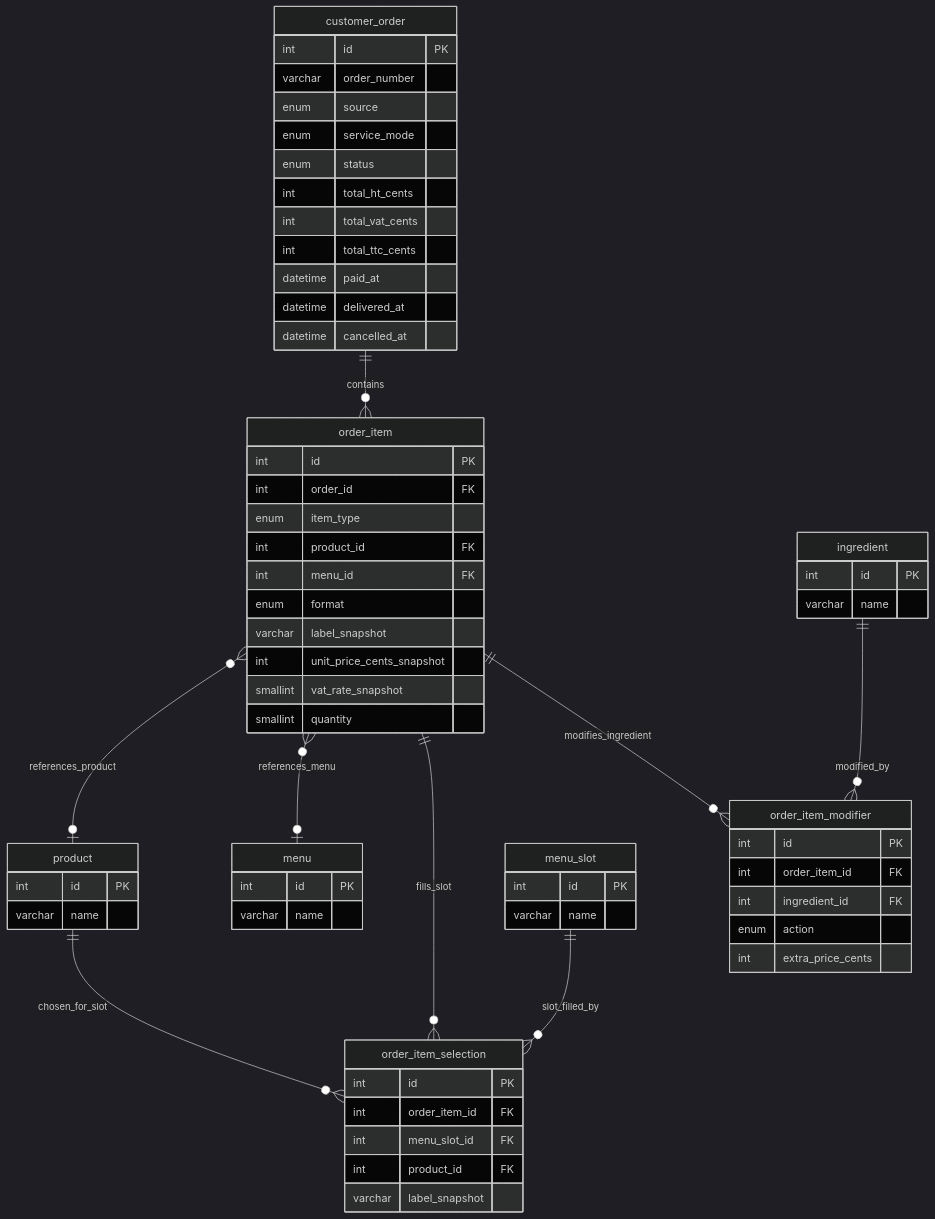
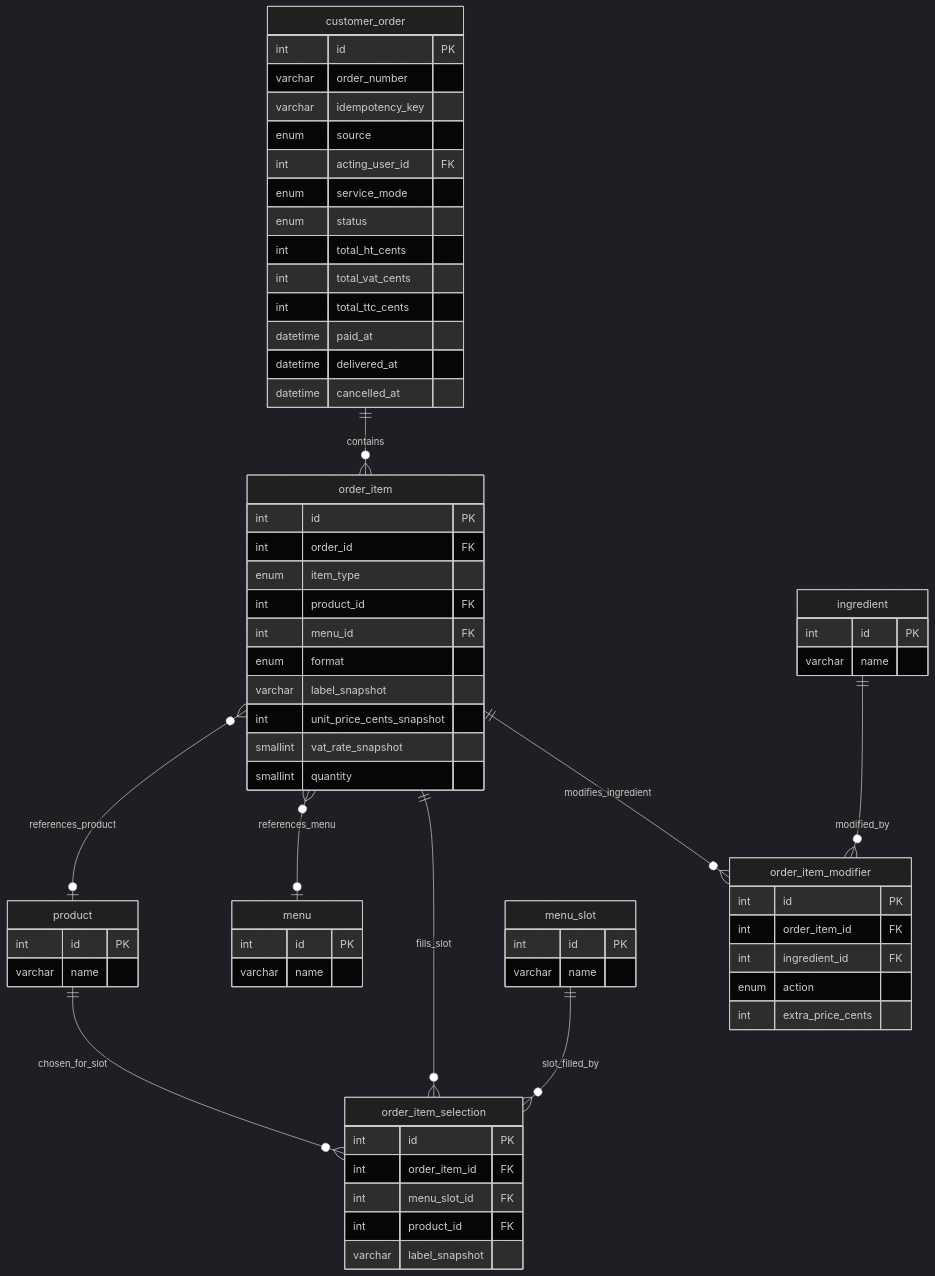
Before and after one commit to AcadeNice/wakdo_corentin: the third of 4 diagrams in docs/merise/mcd.md, drawn with Mermaid (dark theme). The commit also changed other lines of this file and 34 other files, not shown here.

````diff
--- a/docs/merise/mcd.md
+++ b/docs/merise/mcd.md
@@ -255,67 +269,69 @@
 ```mermaid
 erDiagram
     customer_order {
         int id PK
         varchar order_number
+        varchar idempotency_key
         enum source
+        int acting_user_id FK
         enum service_mode
         enum status
         int total_ht_cents
         int total_vat_cents
         int total_ttc_cents
         datetime paid_at
         datetime delivered_at
         datetime cancelled_at
     }
     order_item {
         int id PK
         int order_id FK
         enum item_type
         int product_id FK
         int menu_id FK
         enum format
         varchar label_snapshot
         int unit_price_cents_snapshot
         smallint vat_rate_snapshot
         smallint quantity
     }
     order_item_selection {
         int id PK
         int order_item_id FK
         int menu_slot_id FK
         int product_id FK
         varchar label_snapshot
     }
     order_item_modifier {
         int id PK
         int order_item_id FK
         int ingredient_id FK
         enum action
         int extra_price_cents
     }
     product {
         int id PK
         varchar name
     }
     menu {
         int id PK
         varchar name
     }
     menu_slot {
         int id PK
         varchar name
     }
     ingredient {
         int id PK
         varchar name
     }
 
     customer_order ||--o{ order_item : "contains"
     order_item }o--o| product : "references_product"
     order_item }o--o| menu : "references_menu"
     order_item ||--o{ order_item_selection : "fills_slot"
     order_item ||--o{ order_item_modifier : "modifies_ingredient"
     menu_slot ||--o{ order_item_selection : "slot_filled_by"
     product ||--o{ order_item_selection : "chosen_for_slot"
     ingredient ||--o{ order_item_modifier : "modified_by"
 ```
````
